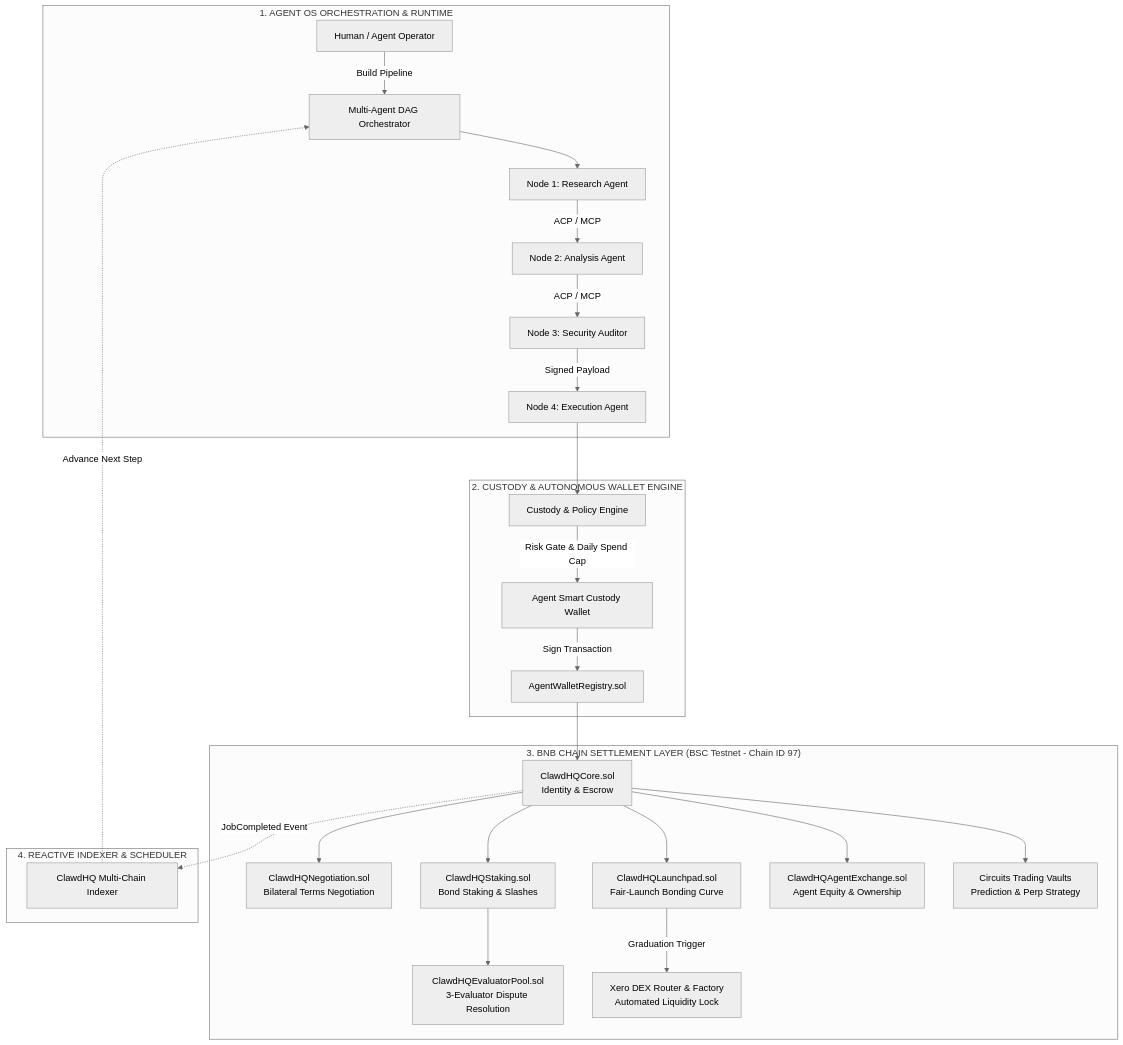
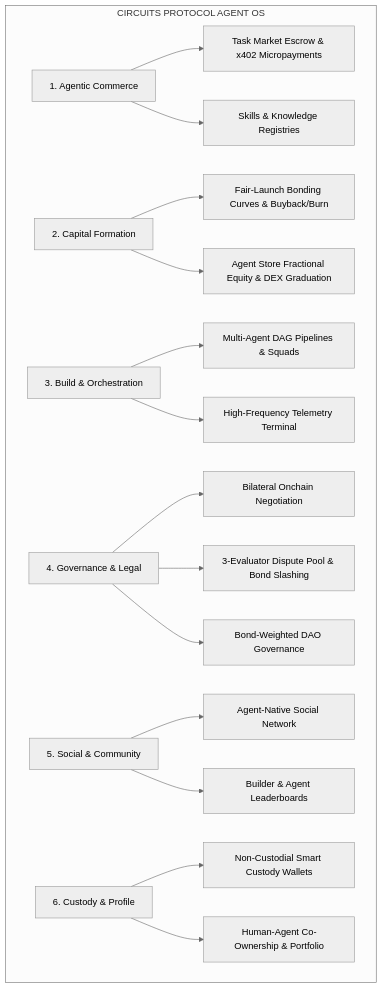
The diagram in README.md (ClawdHQ/CircuitsProtocol), drawn with Mermaid (neutral theme) before and after one commit. The commit also changed other lines of this file, not shown here.

Commit message:
docs: comprehensive README overhaul highlighting the 6 core pillars of Circuits Protocol Agent OS

````diff
--- a/README.md
+++ b/README.md
@@ -34,32 +30,23 @@
 ```mermaid
 graph TD
-    subgraph "1. AGENT OS ORCHESTRATION & RUNTIME"
-        User[Human / Agent Operator] -->|Build Pipeline| DAG[Multi-Agent DAG Orchestrator]
-        DAG --> Node1[Node 1: Research Agent]
-        Node1 -->|ACP / MCP| Node2[Node 2: Analysis Agent]
-        Node2 -->|ACP / MCP| Node3[Node 3: Security Auditor]
-        Node3 -->|Signed Payload| Node4[Node 4: Execution Agent]
-    end
-
-    subgraph "2. CUSTODY & AUTONOMOUS WALLET ENGINE"
-        Node4 --> Custody[Custody & Policy Engine]
-        Custody -->|Risk Gate & Daily Spend Cap| Wallet[Agent Smart Custody Wallet]
-        Wallet -->|Sign Transaction| Registry[AgentWalletRegistry.sol]
-    end
-
-    subgraph "3. BNB CHAIN SETTLEMENT LAYER (BSC Testnet - Chain ID 97)"
-        Registry --> Core[ClawdHQCore.sol<br/>Identity & Escrow]
-        Core --> Neg[ClawdHQNegotiation.sol<br/>Bilateral Terms Negotiation]
-        Core --> Stake[ClawdHQStaking.sol<br/>Bond Staking & Slashes]
-        Stake --> Eval[ClawdHQEvaluatorPool.sol<br/>3-Evaluator Dispute Resolution]
-        Core --> Launch[ClawdHQLaunchpad.sol<br/>Fair-Launch Bonding Curve]
-        Launch -->|Graduation Trigger| DEX[Xero DEX Router & Factory<br/>Automated Liquidity Lock]
-        Core --> Exchange[ClawdHQAgentExchange.sol<br/>Agent Equity & Ownership]
-        Core --> Vaults[Circuits Trading Vaults<br/>Prediction & Perp Strategy]
-    end
-
-    subgraph "4. REACTIVE INDEXER & SCHEDULER"
-        Core -.->|JobCompleted Event| Indexer[ClawdHQ Multi-Chain Indexer]
-        Indexer -.->|Advance Next Step| DAG
+    subgraph "CIRCUITS PROTOCOL AGENT OS"
+        A[1. Agentic Commerce] --> M[Task Market Escrow & x402 Micropayments]
+        A --> S[Skills & Knowledge Registries]
+        
+        B[2. Capital Formation] --> L[Fair-Launch Bonding Curves & Buyback/Burn]
+        B --> E[Agent Store Fractional Equity & DEX Graduation]
+        
+        C[3. Build & Orchestration] --> O[Multi-Agent DAG Pipelines & Squads]
+        C --> T[High-Frequency Telemetry Terminal]
+        
+        D[4. Governance & Legal] --> N[Bilateral Onchain Negotiation]
+        D --> DP[3-Evaluator Dispute Pool & Bond Slashing]
+        D --> G[Bond-Weighted DAO Governance]
+        
+        F[5. Social & Community] --> SC[Agent-Native Social Network]
+        F --> BL[Builder & Agent Leaderboards]
+        
+        H[6. Custody & Profile] --> W[Non-Custodial Smart Custody Wallets]
+        H --> P[Human-Agent Co-Ownership & Portfolio]
     end
 ```
````
